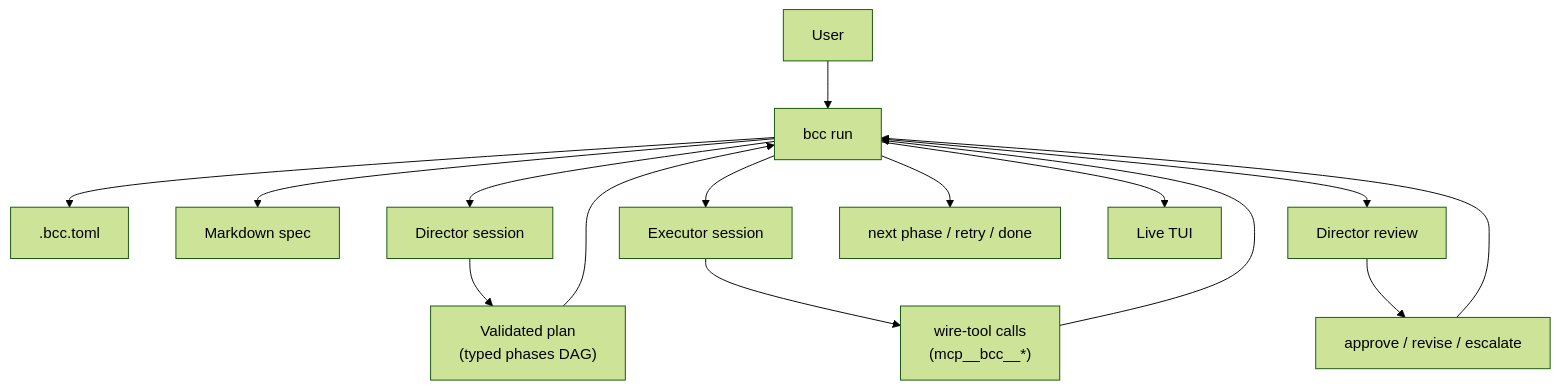
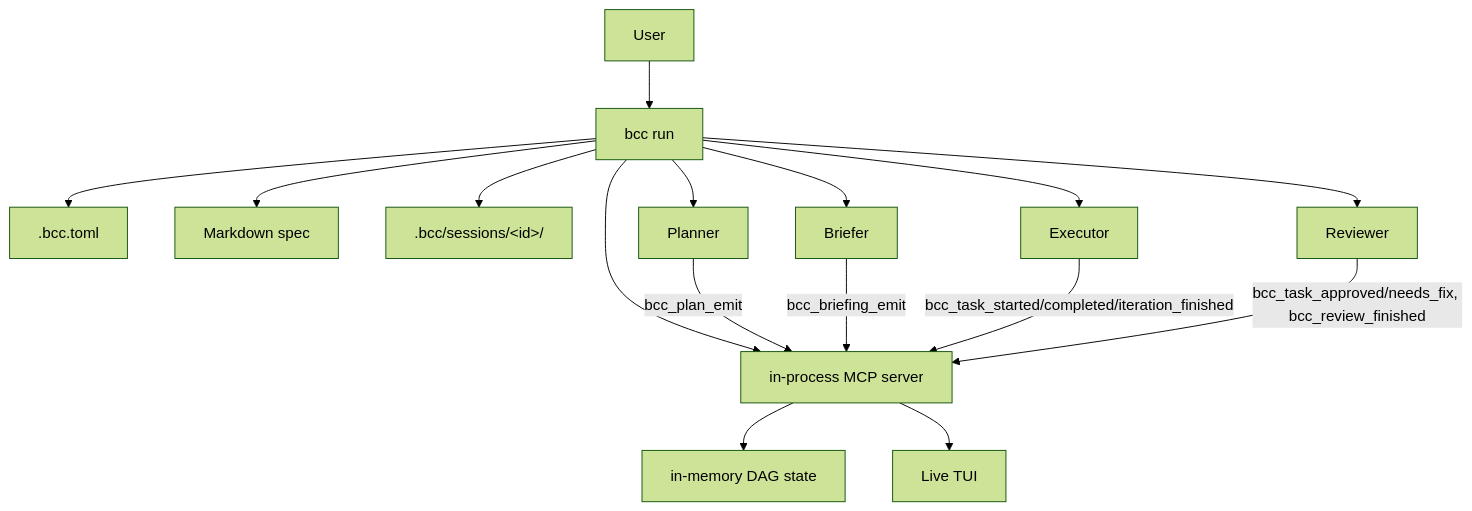
One commit to fgmacedo/buchecha changed the first of 2 diagrams in docs/specs/director/index.md. Above: the diagram before and after it, drawn with Mermaid (forest theme). The commit also changed other lines of this file and 46 other files, not shown here.

````diff
--- a/docs/specs/director/index.md
+++ b/docs/specs/director/index.md
@@ -66,17 +47,18 @@
 ```mermaid
 graph TD
     USER[User] --> BCC[bcc run]
     BCC --> CFG[".bcc.toml"]
     BCC --> SPEC[Markdown spec]
-    BCC --> DIR[Director session]
-    DIR --> PLAN["Validated plan<br/>(typed phases DAG)"]
-    PLAN --> BCC
-    BCC --> EXEC[Executor session]
-    EXEC --> EVT["wire-tool calls<br/>(mcp__bcc__*)"]
-    EVT --> BCC
-    BCC --> REV[Director review]
-    REV --> VERDICT["approve / revise / escalate"]
-    VERDICT --> BCC
-    BCC --> NEXT["next phase / retry / done"]
-    BCC --> TUI[Live TUI]
+    BCC --> SESS[".bcc/sessions/&lt;id&gt;/"]
+    BCC --> MCP[in-process MCP server]
+    BCC --> PLANNER[Planner]
+    PLANNER -- bcc_plan_emit --> MCP
+    MCP --> DAG[in-memory DAG state]
+    BCC --> BRIEFER[Briefer]
+    BRIEFER -- bcc_briefing_emit --> MCP
+    BCC --> EXEC[Executor]
+    EXEC -- bcc_task_started/completed/iteration_finished --> MCP
+    BCC --> REV[Reviewer]
+    REV -- bcc_task_approved/needs_fix, bcc_review_finished --> MCP
+    MCP --> TUI[Live TUI]
 ```
````
